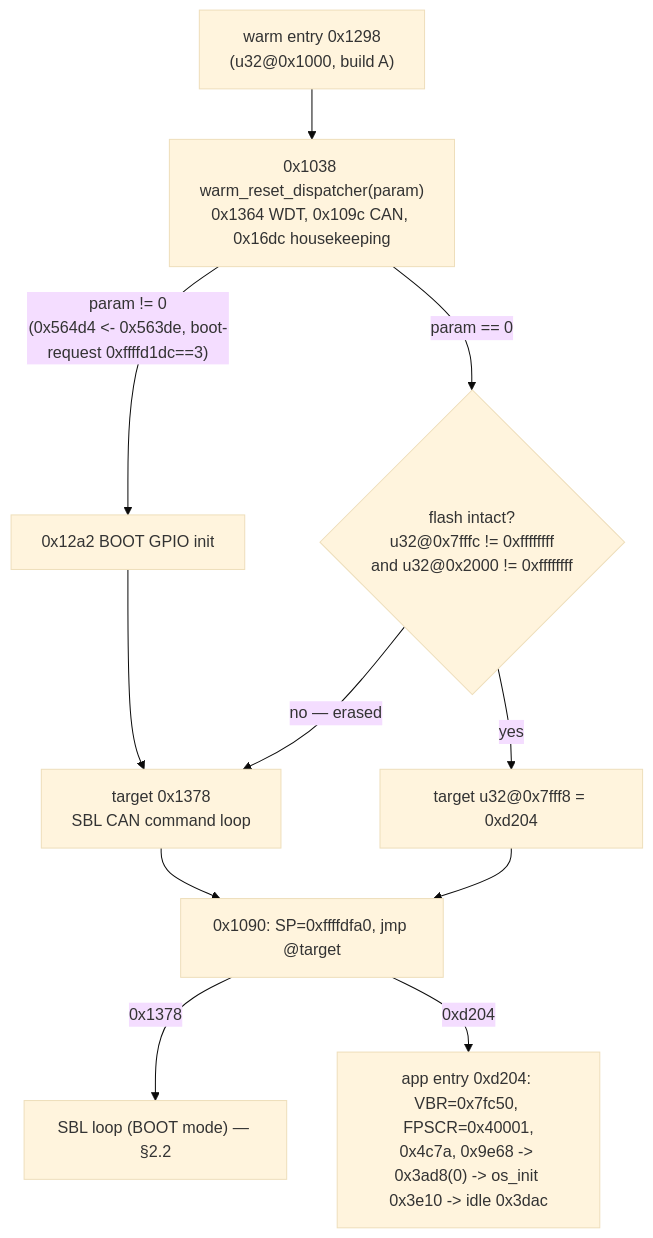
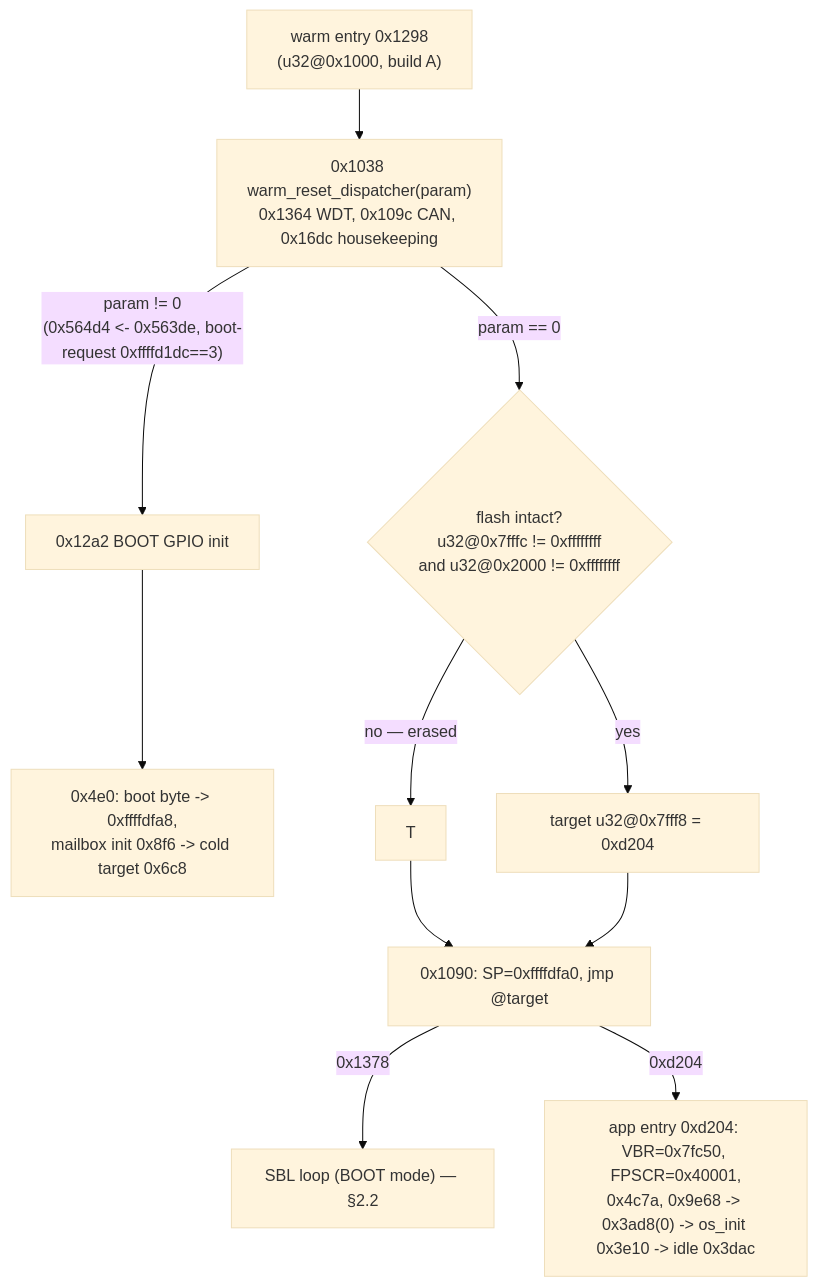
One commit to sirhamsteralot/HEE-Rx8-Reverse-Engineering changed the second of 3 diagrams in docs/subsystem-logic/sbl_bootloader_report.md. Above: the diagram before and after it, drawn with Mermaid (base theme). The commit also changed other lines of this file and 2 other files, not shown here.

First line of the commit message:
Correct the SBL WDT polarity, ISO-TP map and entry targets

````diff
--- a/docs/subsystem-logic/sbl_bootloader_report.md
+++ b/docs/subsystem-logic/sbl_bootloader_report.md
@@ -204,13 +211,13 @@
 ```mermaid
 flowchart TD
     W["warm entry 0x1298<br/>(u32@0x1000, build A)"] --> D["0x1038 warm_reset_dispatcher(param)<br/>0x1364 WDT, 0x109c CAN, 0x16dc housekeeping"]
     D -->|"param != 0<br/>(0x564d4 <- 0x563de, boot-request 0xffffd1dc==3)"| GPIO["0x12a2 BOOT GPIO init"]
-    GPIO --> T["target 0x1378<br/>SBL CAN command loop"]
+    GPIO --> COLD["0x4e0: boot byte -> 0xffffdfa8,<br/>mailbox init 0x8f6 -> cold target 0x6c8"]
     D -->|"param == 0"| CHK{"flash intact?<br/>u32@0x7fffc != 0xffffffff<br/>and u32@0x2000 != 0xffffffff"}
     CHK -->|yes| APPT["target u32@0x7fff8 = 0xd204"]
     CHK -->|no — erased| T
     T --> HO["0x1090: SP=0xffffdfa0, jmp @target"]
     APPT --> HO
     HO -->|0x1378| SBL["SBL loop (BOOT mode) — §2.2"]
     HO -->|0xd204| APP["app entry 0xd204: VBR=0x7fc50, FPSCR=0x40001,<br/>0x4c7a, 0x9e68 -> 0x3ad8(0) -> os_init 0x3e10 -> idle 0x3dac"]
 ```
````
